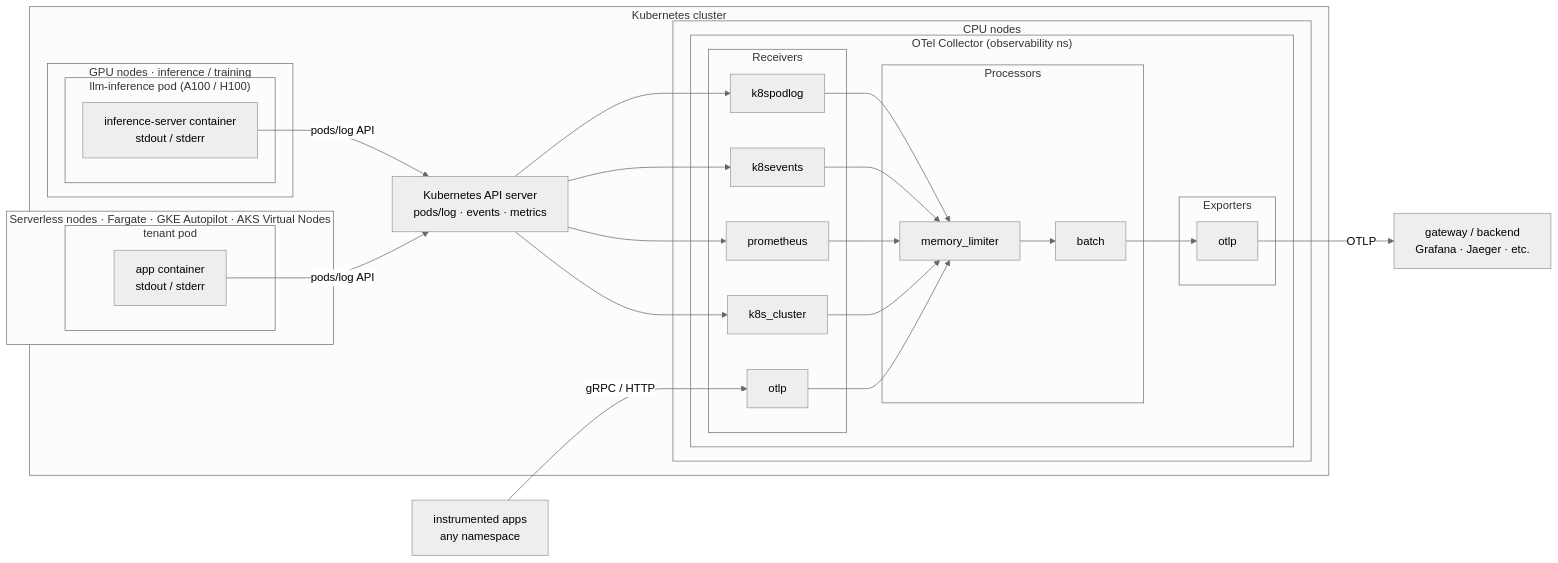
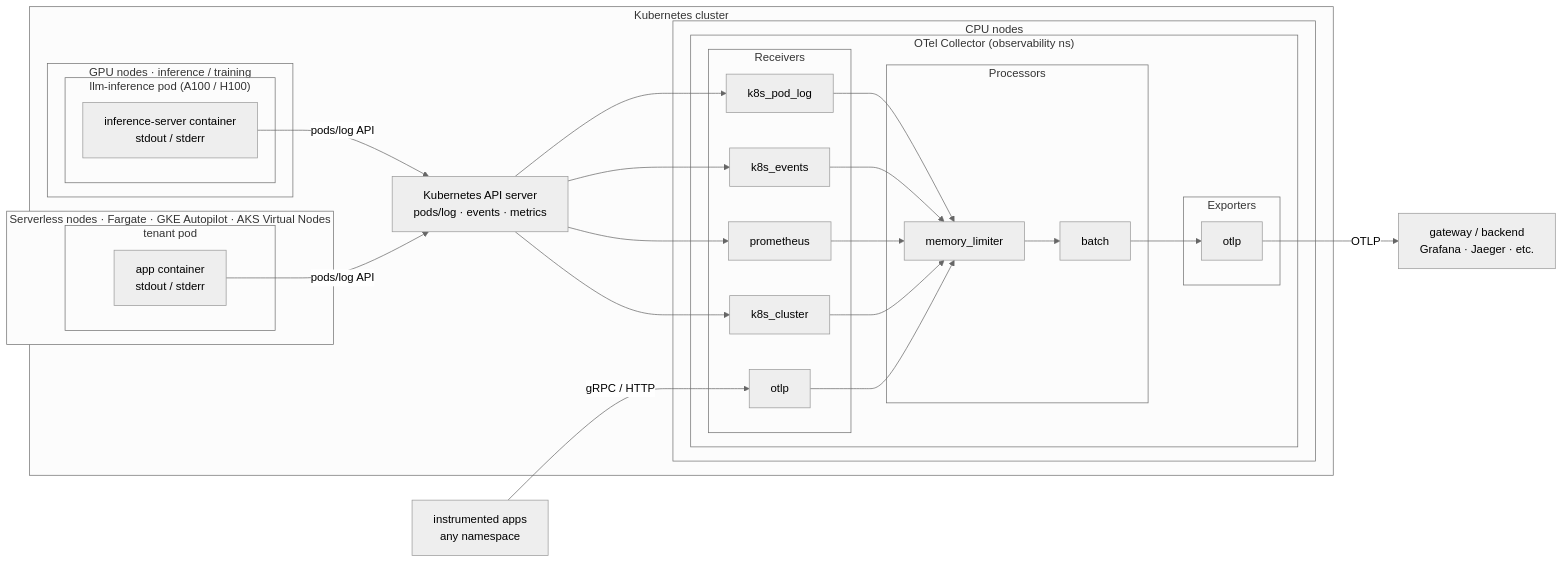
Before and after one commit to eugenekurasov/security-observability-stack: the diagram in docs/architecture.md, drawn with Mermaid (neutral theme). The commit also changed other lines of this file and 22 other files, not shown here.

````diff
--- a/docs/architecture.md
+++ b/docs/architecture.md
@@ -19,49 +19,49 @@
 ```mermaid
 flowchart LR
     subgraph cluster["Kubernetes cluster"]
         subgraph gpu["GPU nodes  ·  inference / training"]
             subgraph llmpod["llm-inference pod  (A100 / H100)"]
                 container["inference-server container\nstdout / stderr"]
             end
         end
 
         subgraph serverless["Serverless nodes  ·  Fargate · GKE Autopilot · AKS Virtual Nodes"]
             subgraph svpod["tenant pod"]
                 svcontainer["app container\nstdout / stderr"]
             end
         end
 
         apiserver["Kubernetes API server\npods/log · events · metrics"]
 
         subgraph cpu["CPU nodes"]
             subgraph collector["OTel Collector  (observability ns)"]
                 subgraph recv["Receivers"]
-                    r1[k8spodlog]
-                    r2[k8sevents]
+                    r1[k8s_pod_log]
+                    r2[k8s_events]
                     r3[prometheus]
                     r4[k8s_cluster]
                     r5[otlp]
                 end
                 subgraph processors["Processors"]
                     p0[memory_limiter]
                     p2[batch]
                 end
                 subgraph exporters["Exporters"]
                     e1[otlp]
                 end
             end
         end
     end
 
     apps["instrumented apps\nany namespace"]
     backend["gateway / backend\nGrafana · Jaeger · etc."]
 
     container -->|pods/log API| apiserver
     svcontainer -->|pods/log API| apiserver
     apiserver --> r1 & r2 & r3 & r4
     apps -->|gRPC / HTTP| r5
     r1 & r2 & r3 & r4 & r5 --> p0
     p0 --> p2
     p2 --> e1
     e1 -->|OTLP| backend
 ```
````
